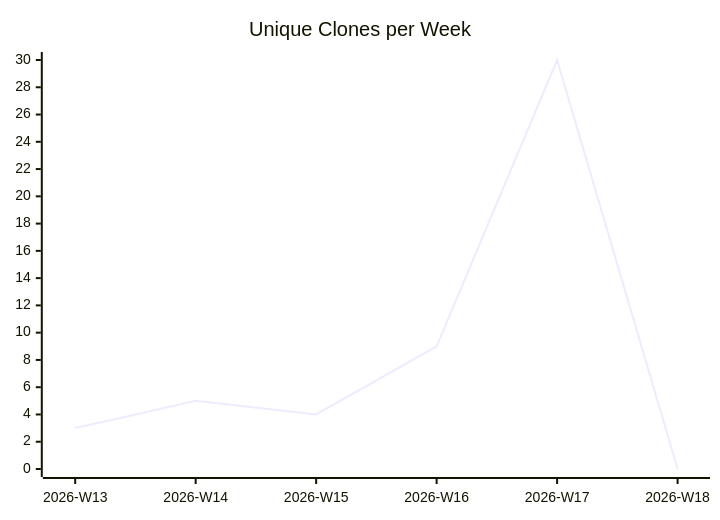
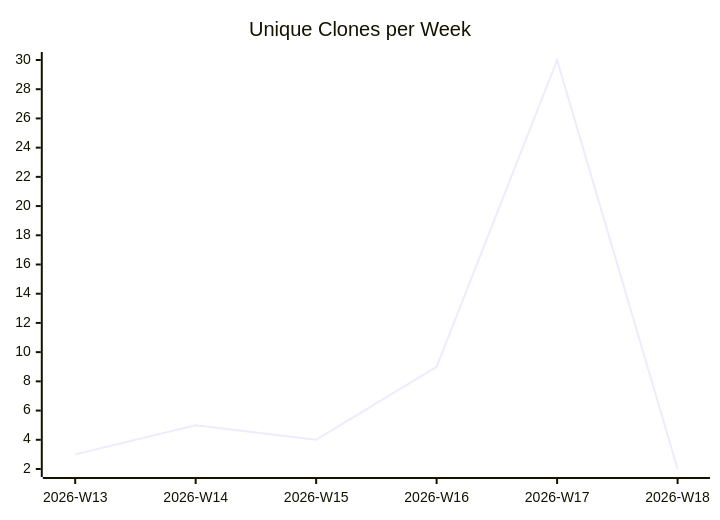
Before and after one commit to justdavis-family/github-analytics-data: the third of 3 diagrams in karlmdavis/dotfiles/README.md, drawn with Mermaid. The commit also changed other lines of this file and 184 other files, not shown here.

````diff
--- a/karlmdavis/dotfiles/README.md
+++ b/karlmdavis/dotfiles/README.md
@@ -19,6 +19,6 @@
 ```mermaid
 xychart-beta
   title "Unique Clones per Week"
   x-axis ["2026-W13", "2026-W14", "2026-W15", "2026-W16", "2026-W17", "2026-W18"]
-  line [3, 5, 4, 9, 30, 0]
+  line [3, 5, 4, 9, 30, 2]
 ```
````
